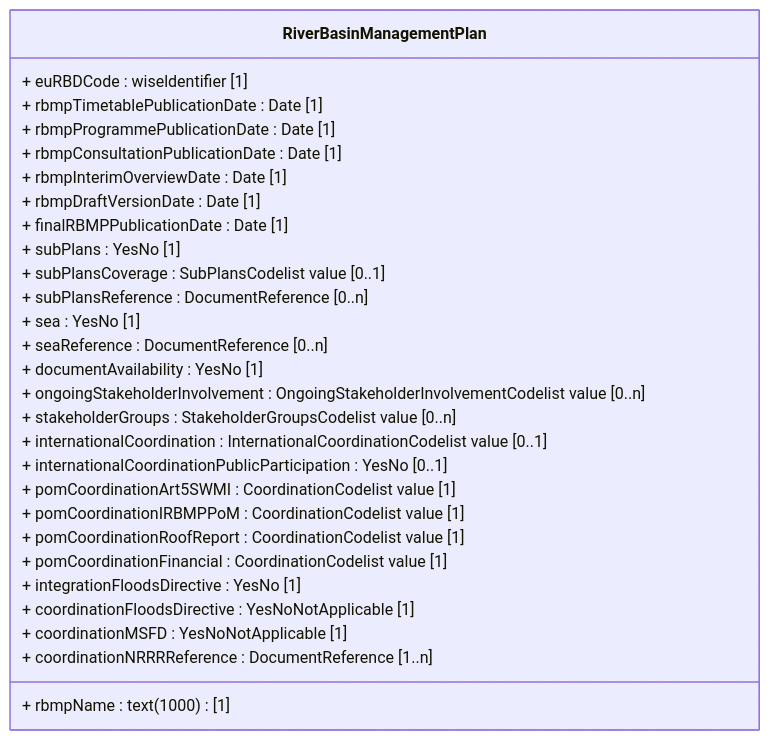
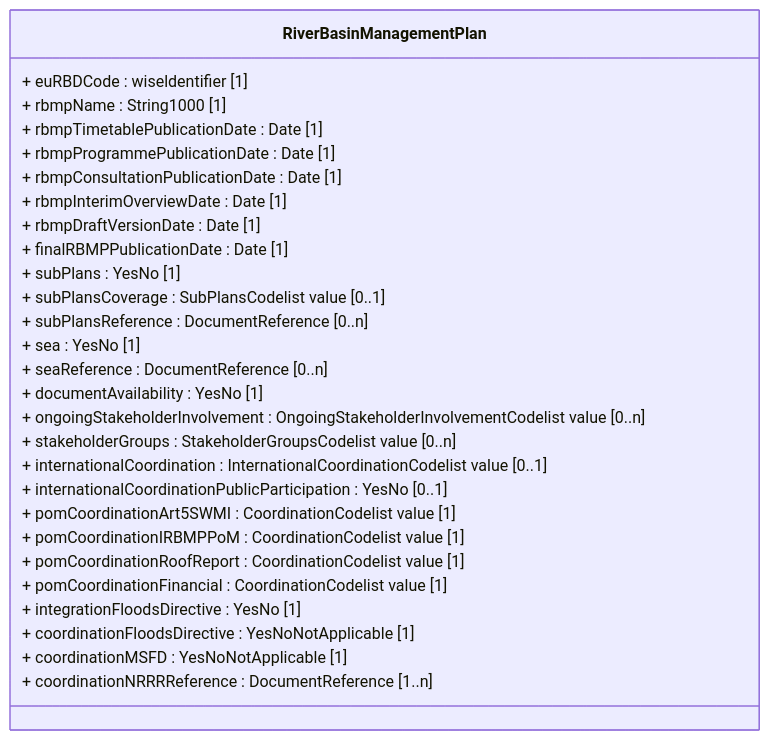
The second of 8 diagrams in docs/DataModelReview/WFDMeasures.md (eeadata/WISE.WFD.Documentation), drawn with Mermaid before and after one commit. The commit also changed other lines of this file, not shown here.

````diff
--- a/docs/DataModelReview/WFDMeasures.md
+++ b/docs/DataModelReview/WFDMeasures.md
@@ -200,39 +200,39 @@
 ```{mermaid}
 classDiagram
 
 class RiverBasinManagementPlan {
     + euRBDCode : wiseldentifier [1]
-    + rbmpName : text (1000) [1]
+    + rbmpName : String1000 [1]
     + rbmpTimetablePublicationDate : Date [1]
     + rbmpProgrammePublicationDate : Date [1]
     + rbmpConsultationPublicationDate : Date [1]
     + rbmpInterimOverviewDate : Date [1]
     + rbmpDraftVersionDate : Date [1]
     + finalRBMPPublicationDate : Date [1]
 
     + subPlans : YesNo [1]
     + subPlansCoverage : SubPlansCodelist value [0..1]
     + subPlansReference : DocumentReference [0..n]
 
     + sea : YesNo [1]
     + seaReference : DocumentReference [0..n]
 
     + documentAvailability : YesNo [1]
 
     + ongoingStakeholderInvolvement : OngoingStakeholderInvolvementCodelist value [0..n]
     + stakeholderGroups : StakeholderGroupsCodelist value [0..n]
 
     + internationalCoordination : InternationalCoordinationCodelist value [0..1]
     + internationalCoordinationPublicParticipation : YesNo [0..1]
     + pomCoordinationArt5SWMI : CoordinationCodelist value [1]
     + pomCoordinationIRBMPPoM : CoordinationCodelist value [1]
     + pomCoordinationRoofReport : CoordinationCodelist value [1]
     + pomCoordinationFinancial : CoordinationCodelist value [1]
 
     + integrationFloodsDirective : YesNo [1]
     + coordinationFloodsDirective : YesNoNotApplicable [1]
     + coordinationMSFD : YesNoNotApplicable [1]
 
     + coordinationNRRRReference : DocumentReference [1..n]
 }
 ```
````
